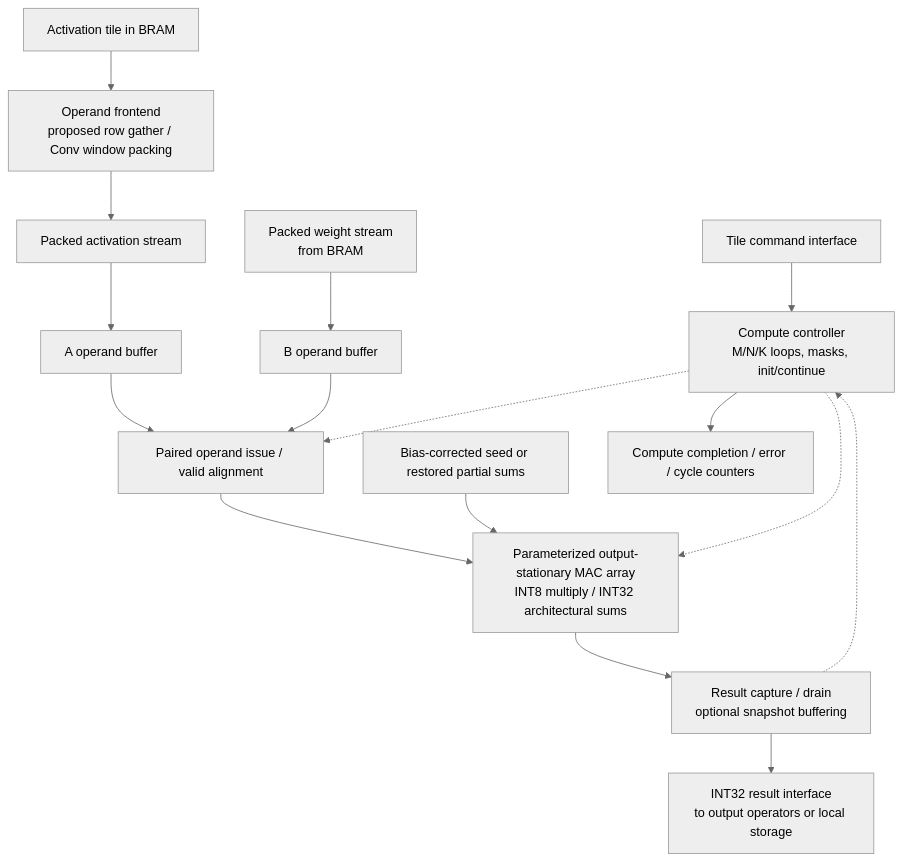
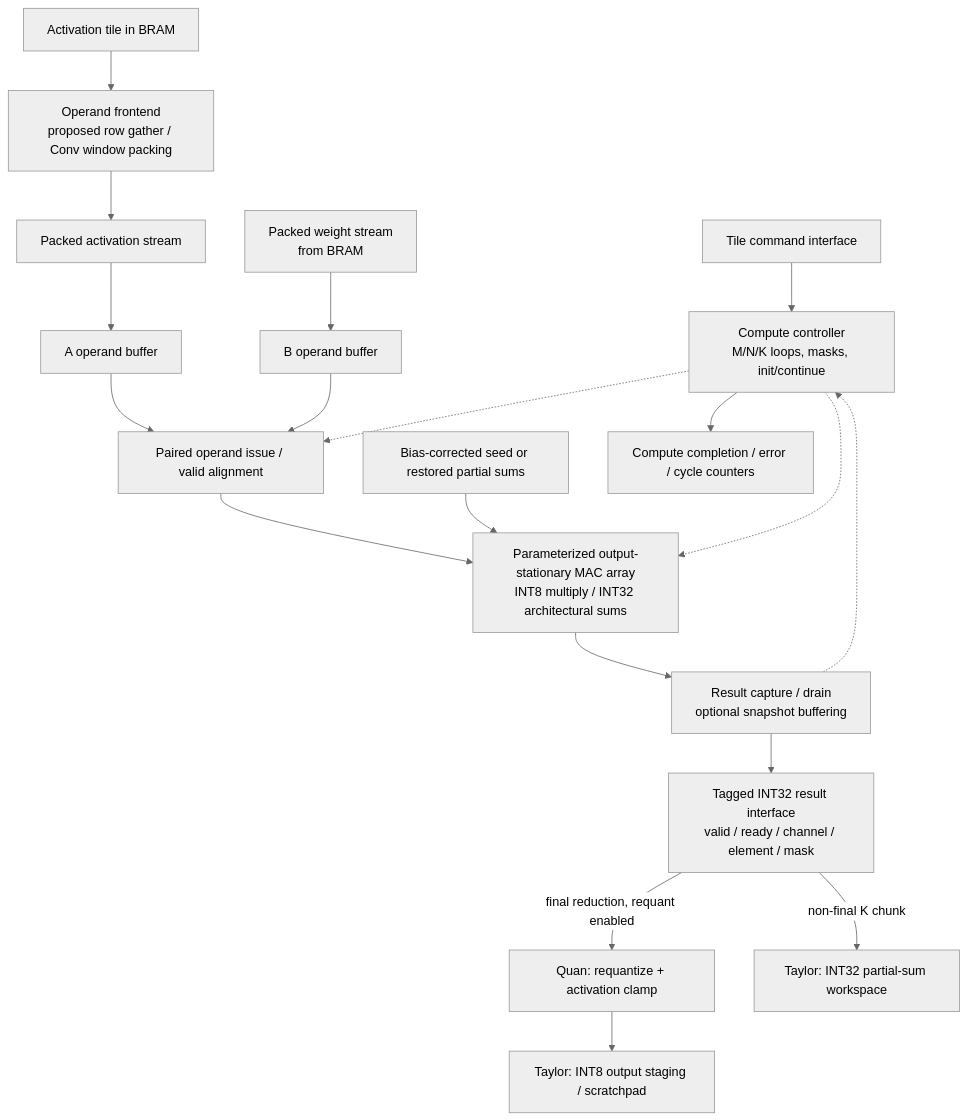
Before and after one commit to michaelgirg/raven: the diagram in docs/NPU_ARCHITECTURE.md, drawn with Mermaid (neutral theme). The commit also changed other lines of this file, not shown here.

````diff
--- a/docs/NPU_ARCHITECTURE.md
+++ b/docs/NPU_ARCHITECTURE.md
@@ -234,18 +253,21 @@
 ```mermaid
 flowchart TB
     CMD["Tile command interface"] --> CTRL["Compute controller<br/>M/N/K loops, masks, init/continue"]
     AMEM["Activation tile in BRAM"] --> FRONT["Operand frontend<br/>proposed row gather / Conv window packing"]
     FRONT --> A["Packed activation stream"]
     A --> AF["A operand buffer"]
     B["Packed weight stream<br/>from BRAM"] --> BF["B operand buffer"]
     AF --> ISSUE["Paired operand issue / valid alignment"]
     BF --> ISSUE
     ISSUE --> MAC["Parameterized output-stationary MAC array<br/>INT8 multiply / INT32 architectural sums"]
     SEED["Bias-corrected seed or restored partial sums"] --> MAC
     CTRL -.-> ISSUE
     CTRL -.-> MAC
     MAC --> RESULT["Result capture / drain<br/>optional snapshot buffering"]
-    RESULT --> OUT["INT32 result interface<br/>to output operators or local storage"]
+    RESULT --> OUT["Tagged INT32 result interface<br/>valid / ready / channel / element / mask"]
+    OUT -->|"final reduction, requant enabled"| TAIL["Quan: requantize + activation clamp"]
+    TAIL --> STORE["Taylor: INT8 output staging / scratchpad"]
+    OUT -->|"non-final K chunk"| PSUM["Taylor: INT32 partial-sum workspace"]
     RESULT -.-> CTRL
     CTRL --> STATUS["Compute completion / error / cycle counters"]
 ```
````
